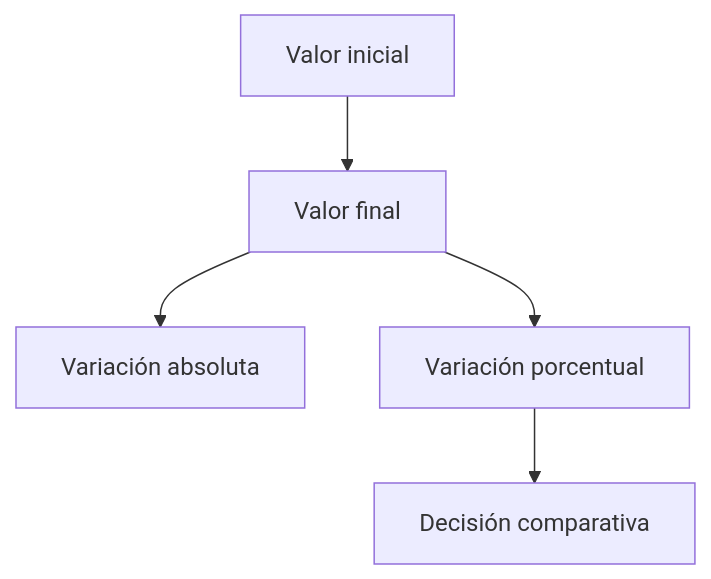
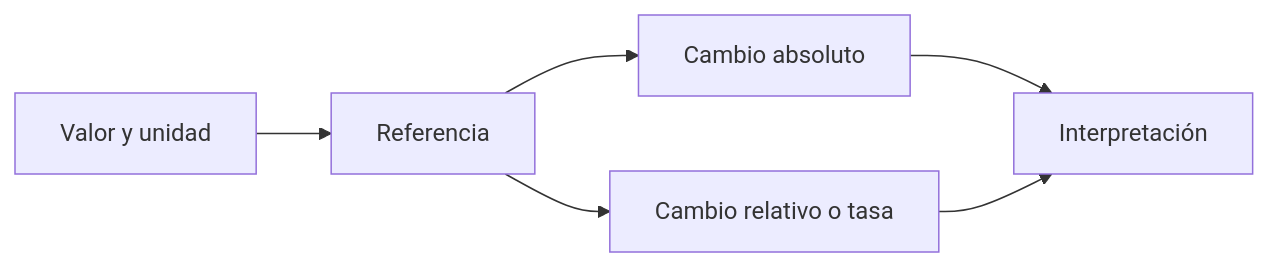
Before and after one commit to Ayhur/CursoAnalista: diagram 12 of 32 in dist/markdown/temario-completo.md, drawn with Mermaid. The commit also changed other lines of this file and 42 other files, not shown here.

````diff
--- a/dist/markdown/temario-completo.md
+++ b/dist/markdown/temario-completo.md
@@ -348,7 +714,8 @@
 ```mermaid
-flowchart TD
-    A[Valor inicial] --> B[Valor final]
-    B --> C[Variación absoluta]
-    B --> D[Variación porcentual]
-    D --> E[Decisión comparativa]
+flowchart LR
+  A[Valor y unidad] --> B[Referencia]
+  B --> C[Cambio absoluto]
+  B --> D[Cambio relativo o tasa]
+  C --> E[Interpretación]
+  D --> E
 ```
````
